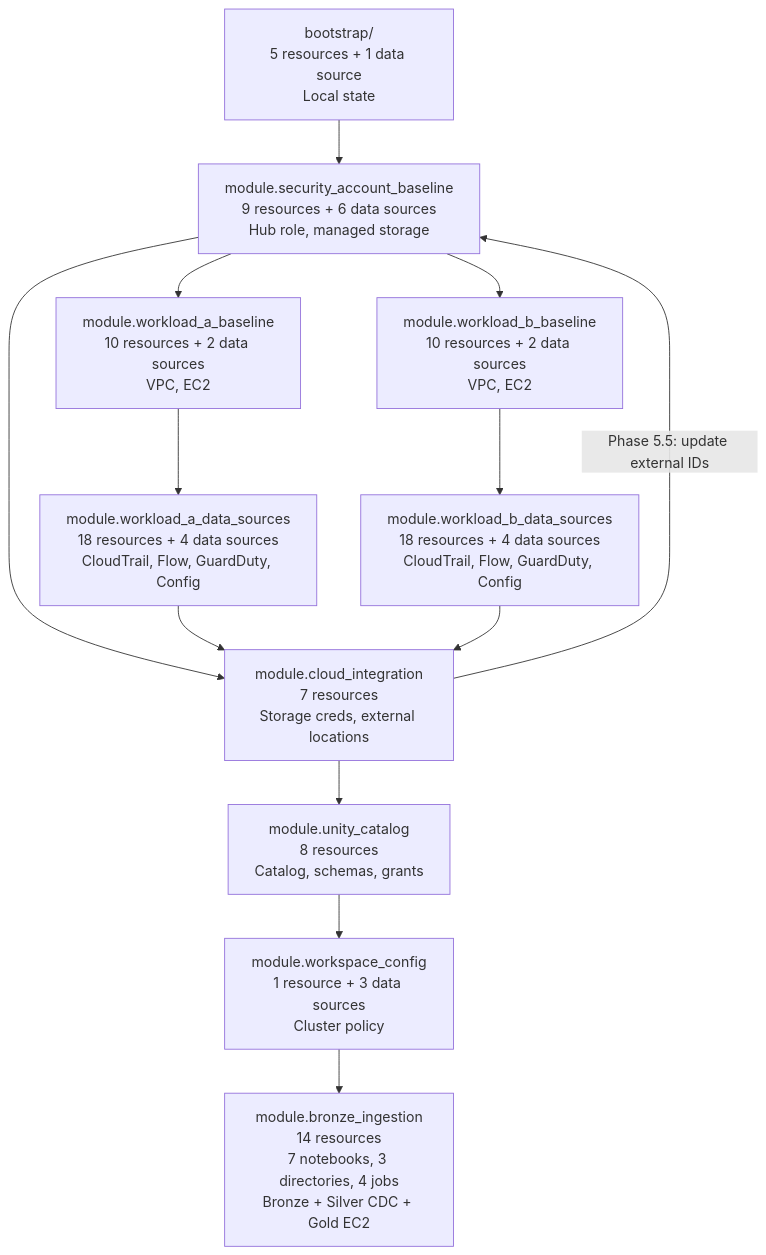
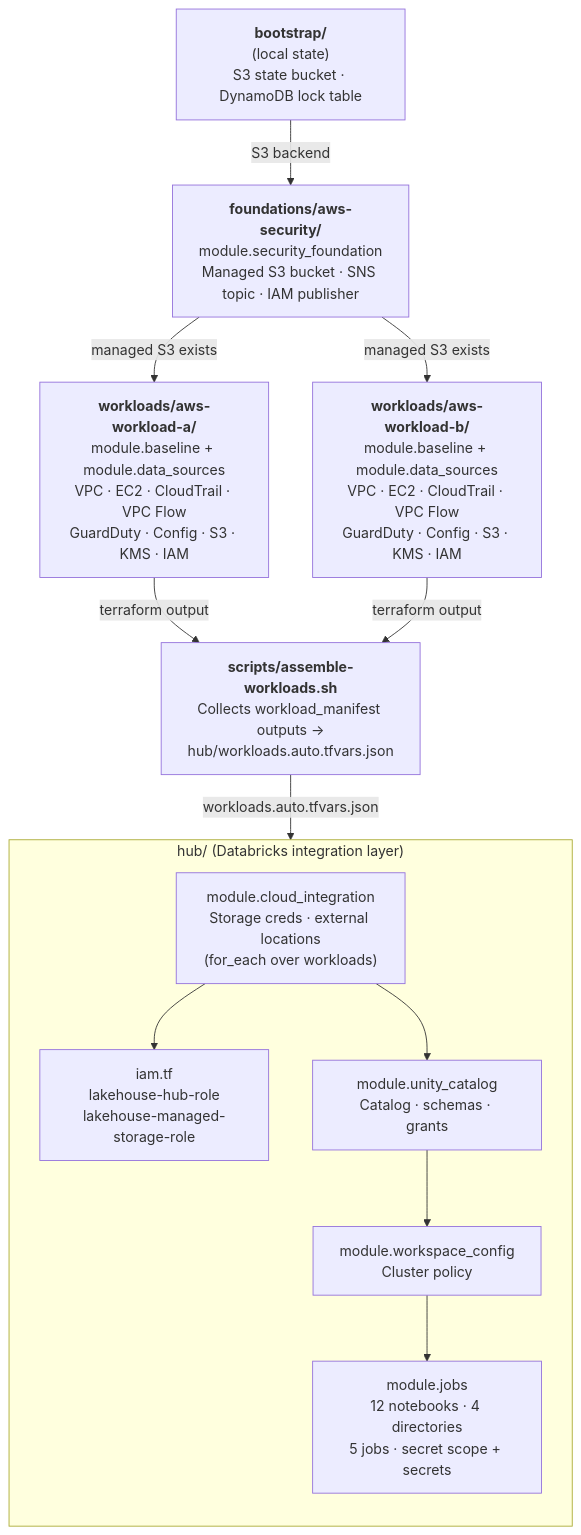
One commit to snk5125/security-data-platform changed the diagram in diagrams/04_terraform_modules.mmd. Above: the diagram before and after it, drawn with Mermaid. The commit also changed 3 other files, not shown here.

First line of the commit message:
docs: update architecture diagrams for multi-root Terraform structure

```diff
--- a/diagrams/04_terraform_modules.mmd
+++ b/diagrams/04_terraform_modules.mmd
@@ -1,30 +1,28 @@
 graph TD
-    BOOT["bootstrap/<br/>5 resources + 1 data source<br/>Local state"]
+    BOOT["<b>bootstrap/</b><br/>(local state)<br/>S3 state bucket · DynamoDB lock table"]
 
-    SAB["module.security_account_baseline<br/>9 resources + 6 data sources<br/>Hub role, managed storage"]
+    FOUND["<b>foundations/aws-security/</b><br/>module.security_foundation<br/>Managed S3 bucket · SNS topic · IAM publisher"]
 
-    WAB["module.workload_a_baseline<br/>10 resources + 2 data sources<br/>VPC, EC2"]
+    WKA["<b>workloads/aws-workload-a/</b><br/>module.baseline + module.data_sources<br/>VPC · EC2 · CloudTrail · VPC Flow<br/>GuardDuty · Config · S3 · KMS · IAM"]
 
-    WBB["module.workload_b_baseline<br/>10 resources + 2 data sources<br/>VPC, EC2"]
+    WKB["<b>workloads/aws-workload-b/</b><br/>module.baseline + module.data_sources<br/>VPC · EC2 · CloudTrail · VPC Flow<br/>GuardDuty · Config · S3 · KMS · IAM"]
 
-    WADS["module.workload_a_data_sources<br/>18 resources + 4 data sources<br/>CloudTrail, Flow, GuardDuty, Config"]
+    ASM["<b>scripts/assemble-workloads.sh</b><br/>Collects workload_manifest outputs →<br/>hub/workloads.auto.tfvars.json"]
 
-    WBDS["module.workload_b_data_sources<br/>18 resources + 4 data sources<br/>CloudTrail, Flow, GuardDuty, Config"]
+    subgraph HUB ["hub/ (Databricks integration layer)"]
+        direction TB
+        IAM["iam.tf<br/>lakehouse-hub-role<br/>lakehouse-managed-storage-role"]
+        CI["module.cloud_integration<br/>Storage creds · external locations<br/>(for_each over workloads)"]
+        UC["module.unity_catalog<br/>Catalog · schemas · grants"]
+        WC["module.workspace_config<br/>Cluster policy"]
+        JOBS["module.jobs<br/>12 notebooks · 4 directories<br/>5 jobs · secret scope + secrets"]
+        CI --> IAM
+        CI --> UC
+        UC --> WC
+        WC --> JOBS
+    end
 
-    CI["module.cloud_integration<br/>7 resources<br/>Storage creds, external locations"]
-
-    UC["module.unity_catalog<br/>8 resources<br/>Catalog, schemas, grants"]
-
-    WC["module.workspace_config<br/>1 resource + 3 data sources<br/>Cluster policy"]
-
-    BI["module.bronze_ingestion<br/>14 resources<br/>7 notebooks, 3 directories, 4 jobs<br/>Bronze + Silver CDC + Gold EC2"]
-
-    BOOT --> SAB
-    SAB --> WAB & WBB
-    WAB --> WADS
-    WBB --> WBDS
-    SAB & WADS & WBDS --> CI
-    CI -->|"Phase 5.5: update external IDs"| SAB
-    CI --> UC
-    UC --> WC
-    WC --> BI
+    BOOT -->|"S3 backend"| FOUND
+    FOUND -->|"managed S3 exists"| WKA & WKB
+    WKA & WKB -->|"terraform output"| ASM
+    ASM -->|"workloads.auto.tfvars.json"| CI
```
